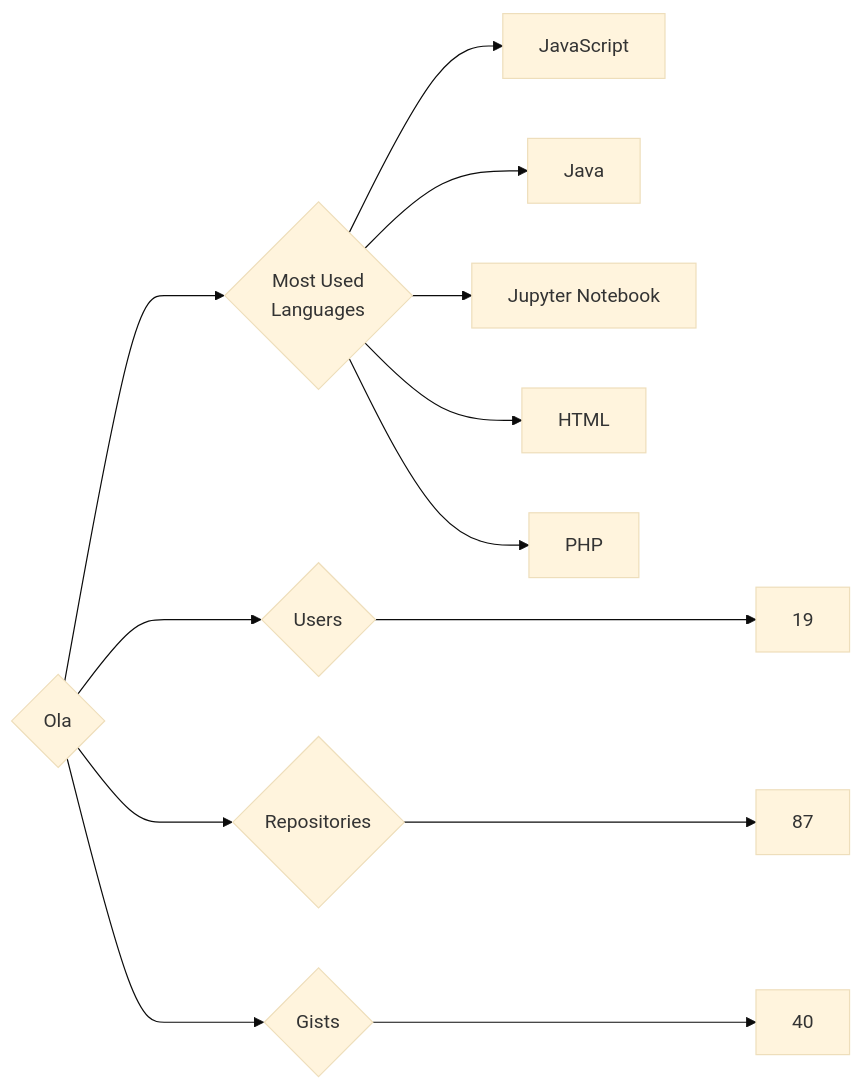
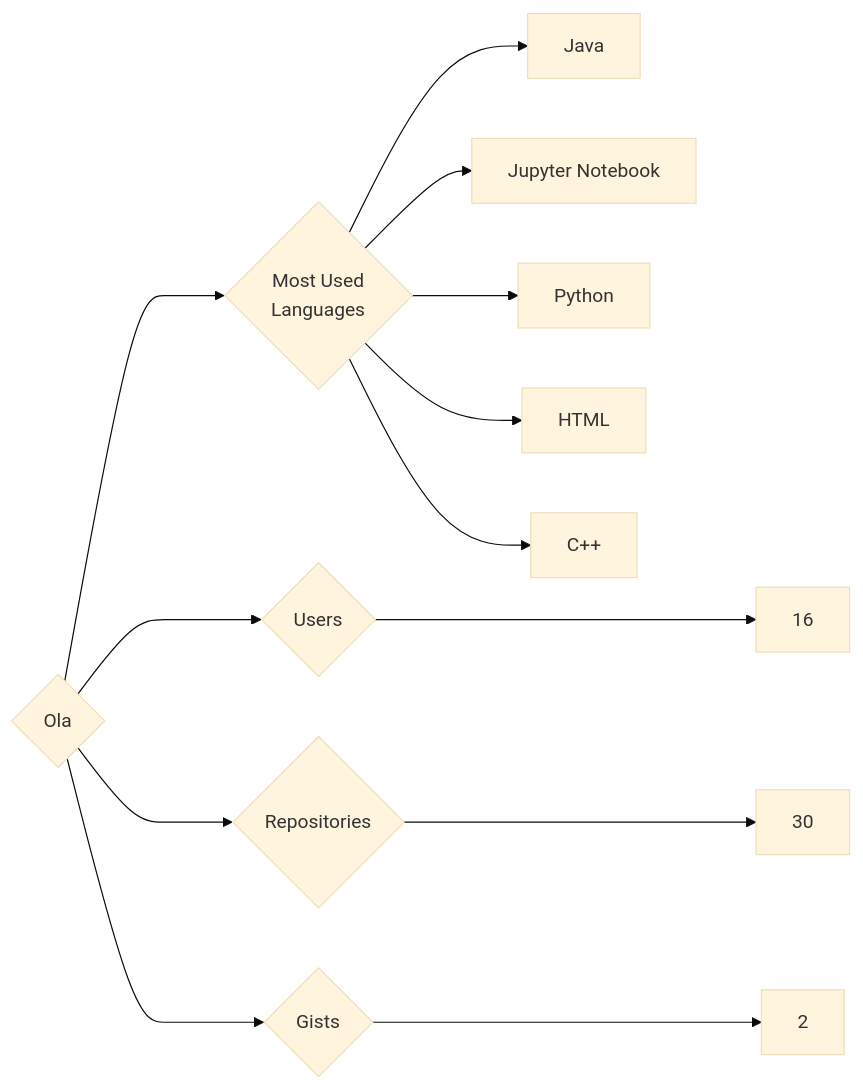
The diagram in targets/Ola/README.md (trickest/insiders), drawn with Mermaid (base theme) before and after one commit. The commit also changed 972 other files, not shown here.

````diff
--- a/targets/Ola/README.md
+++ b/targets/Ola/README.md
@@ -3,13 +3,13 @@
 ```mermaid
 graph LR
 COMPANY_NAME{Ola}
-COMPANY_NAME ---> U{Users} ---> UN[19]
-COMPANY_NAME ---> R{Repositories} ---> RN[87]
-COMPANY_NAME ---> G{Gists} ---> GN[40]
+COMPANY_NAME ---> U{Users} ---> UN[16]
+COMPANY_NAME ---> R{Repositories} ---> RN[30]
+COMPANY_NAME ---> G{Gists} ---> GN[2]
 COMPANY_NAME ---> ML{Most Used<br>Languages}
-ML --> JavaScript[JavaScript]
 ML --> Java[Java]
 ML --> Jupyter_Notebook[Jupyter Notebook]
+ML --> Python[Python]
 ML --> HTML[HTML]
-ML --> PHP[PHP]
+ML --> C++[C++]
 ```
````
